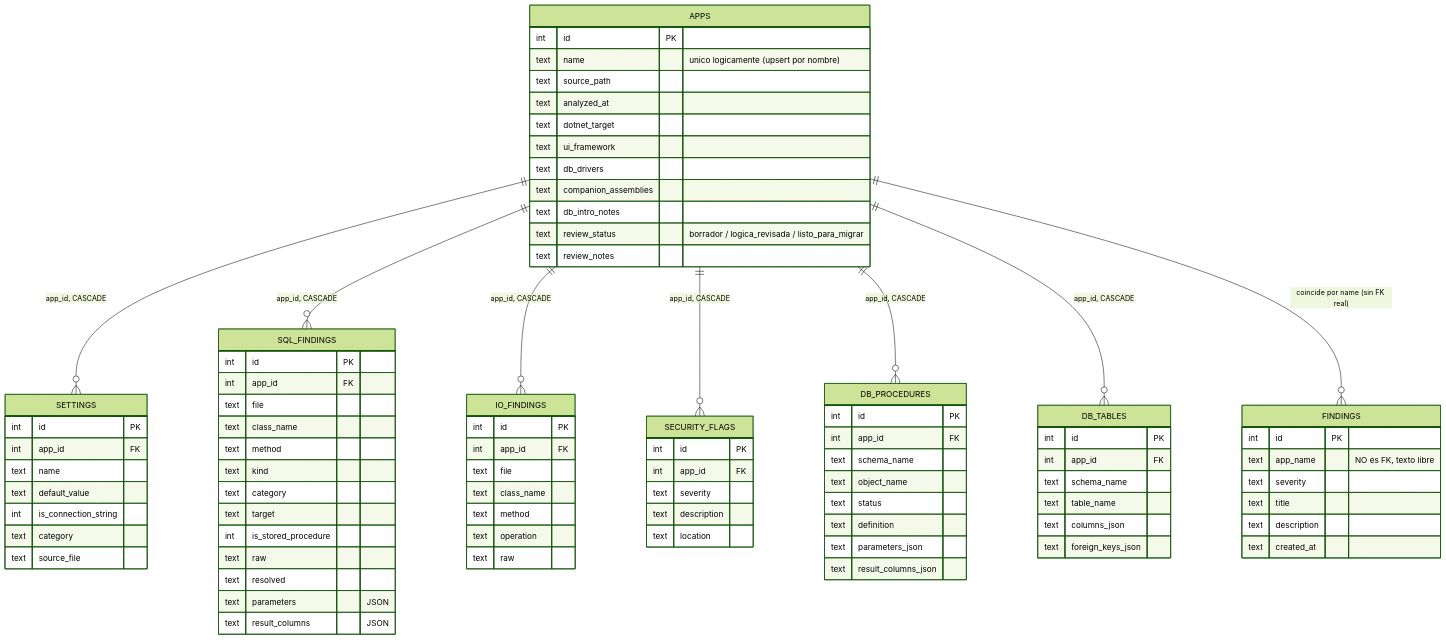
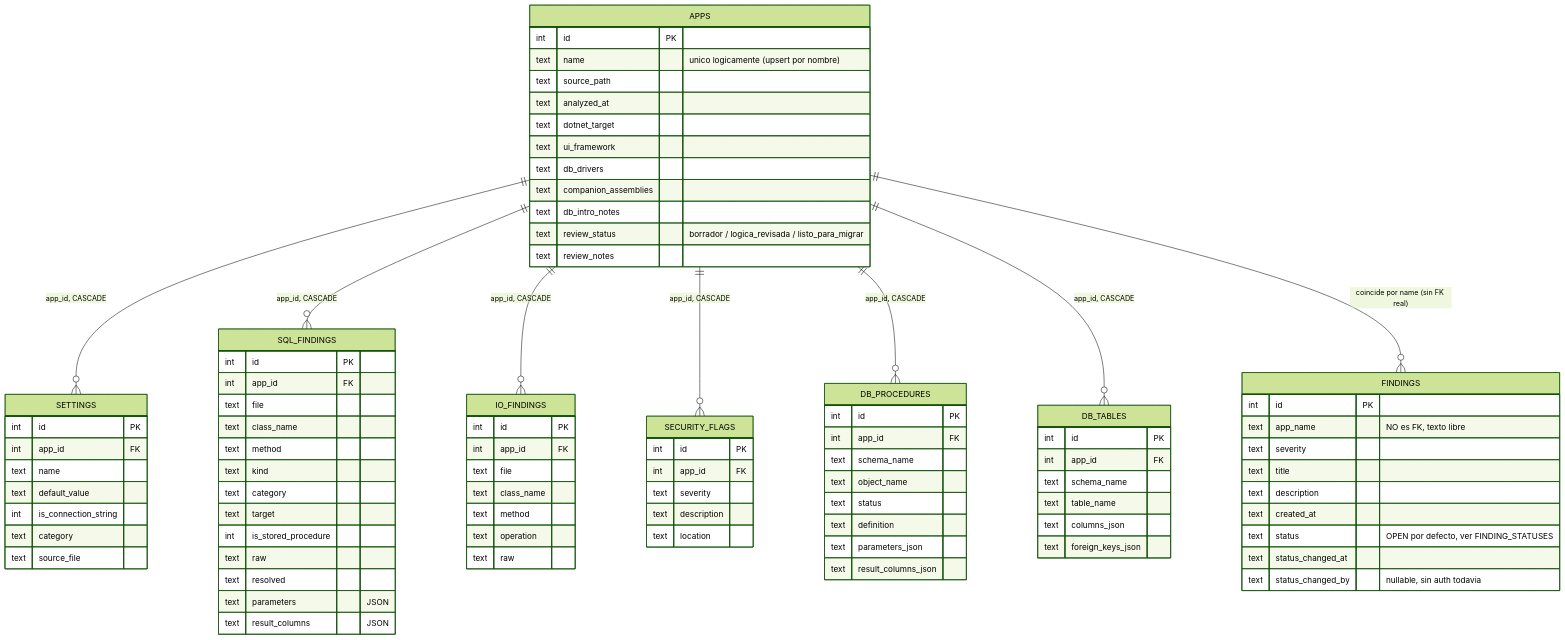
One commit to EduardoPizzano/QAPV-LegacyAppAnalyzer changed the fourth of 6 diagrams in ARCHITECTURE.md. Above: the diagram before and after it, drawn with Mermaid (forest theme). The commit also changed other lines of this file and 14 other files, not shown here.

````diff
--- a/ARCHITECTURE.md
+++ b/ARCHITECTURE.md
@@ -404,5 +416,8 @@
         text title
         text description
         text created_at
+        text status "OPEN por defecto, ver FINDING_STATUSES"
+        text status_changed_at
+        text status_changed_by "nullable, sin auth todavia"
     }
 ```
````
